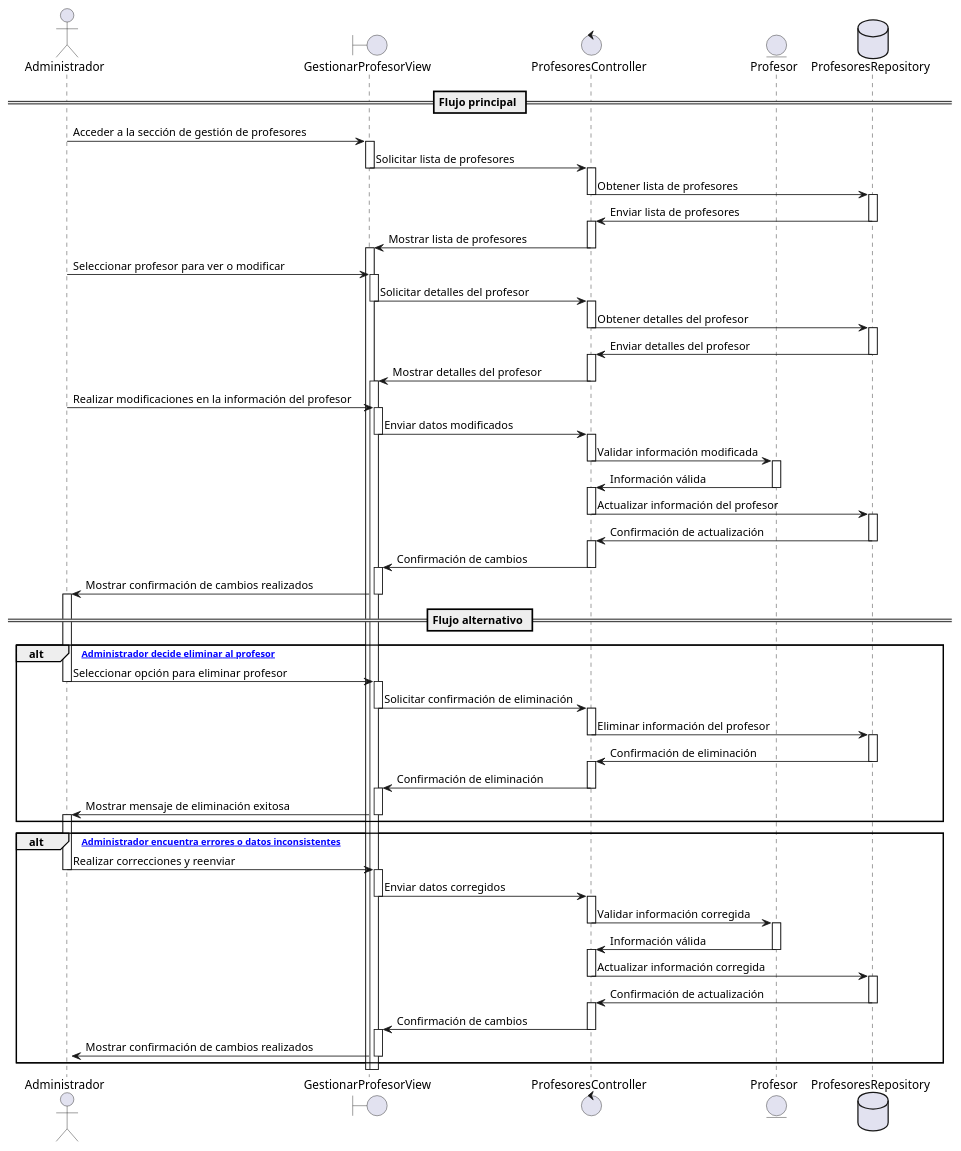
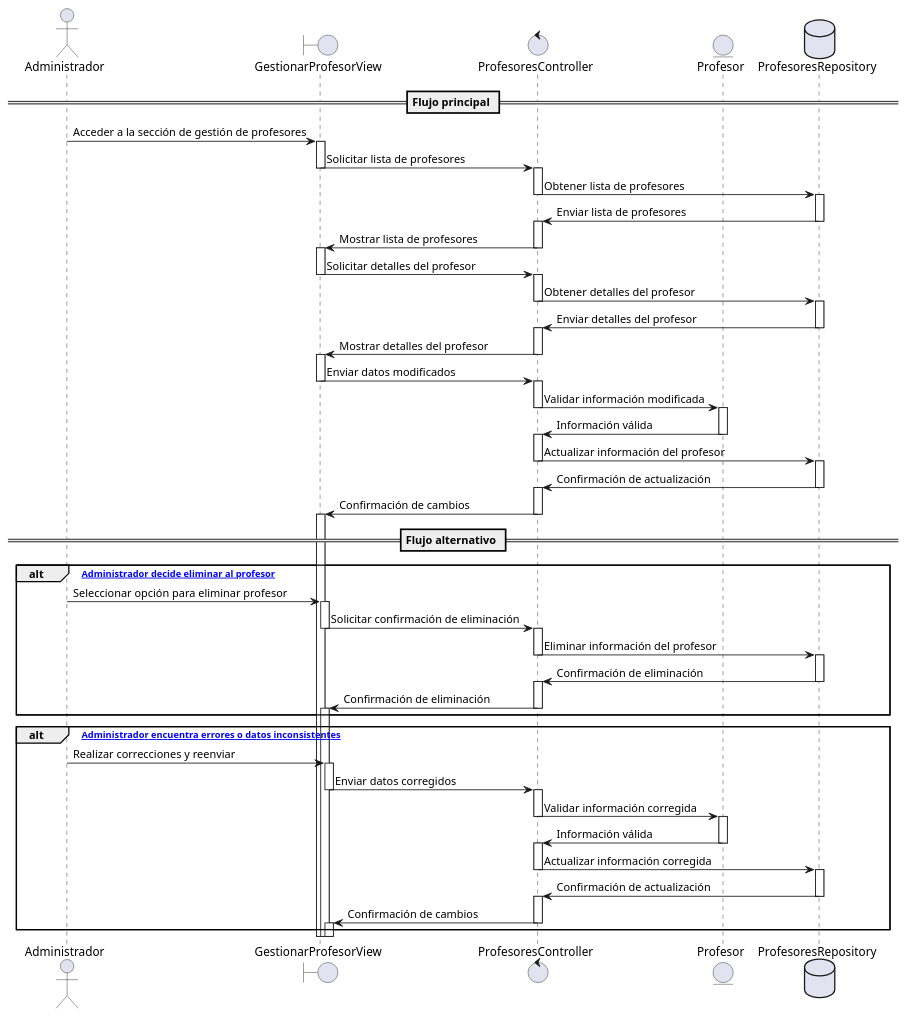
The diagram in CASOS DE USO/PROFESOR/CU-0016/DSEC-0016.puml (ZavSan95/EduMatch), drawn with PlantUML before and after one commit. The commit also changed 56 other files, not shown here.

Commit message:
Actualizacion diagramas de secuencia

```diff
--- a/CASOS DE USO/PROFESOR/CU-0016/DSEC-0016.puml
+++ b/CASOS DE USO/PROFESOR/CU-0016/DSEC-0016.puml
@@ -1,48 +1,43 @@
 @startuml
 actor Administrador
 boundary "GestionarProfesorView" as View
 control "ProfesoresController" as Controller
 entity "Profesor" as Model
 database "ProfesoresRepository" as Repository
 
 == Flujo principal ==
 Administrador -> View --++: Acceder a la sección de gestión de profesores
 View -> Controller --++: Solicitar lista de profesores
 Controller -> Repository --++: Obtener lista de profesores
 Repository -> Controller --++: Enviar lista de profesores
 Controller -> View --++: Mostrar lista de profesores
-Administrador -> View --++: Seleccionar profesor para ver o modificar
 View -> Controller --++: Solicitar detalles del profesor
 Controller -> Repository --++: Obtener detalles del profesor
 Repository -> Controller --++: Enviar detalles del profesor
 Controller -> View --++: Mostrar detalles del profesor
-Administrador -> View --++: Realizar modificaciones en la información del profesor
 View -> Controller --++: Enviar datos modificados
 Controller -> Model --++: Validar información modificada
 Model -> Controller --++: Información válida
 Controller -> Repository --++: Actualizar información del profesor
 Repository -> Controller --++: Confirmación de actualización
 Controller -> View --++: Confirmación de cambios
-View -> Administrador --++: Mostrar confirmación de cambios realizados
 
 == Flujo alternativo ==
 alt [A Administrador decide eliminar al profesor]
     Administrador -> View --++: Seleccionar opción para eliminar profesor
     View -> Controller --++: Solicitar confirmación de eliminación
     Controller -> Repository --++: Eliminar información del profesor
     Repository -> Controller --++: Confirmación de eliminación
     Controller -> View --++: Confirmación de eliminación
-    View -> Administrador --++: Mostrar mensaje de eliminación exitosa
 end
 
 alt [A Administrador encuentra errores o datos inconsistentes]
     Administrador -> View --++: Realizar correcciones y reenviar
     View -> Controller --++: Enviar datos corregidos
     Controller -> Model --++: Validar información corregida
     Model -> Controller --++: Información válida
     Controller -> Repository --++: Actualizar información corregida
     Repository -> Controller --++: Confirmación de actualización
     Controller -> View --++: Confirmación de cambios
-    View -> Administrador --++: Mostrar confirmación de cambios realizados
 end
 @enduml
```
